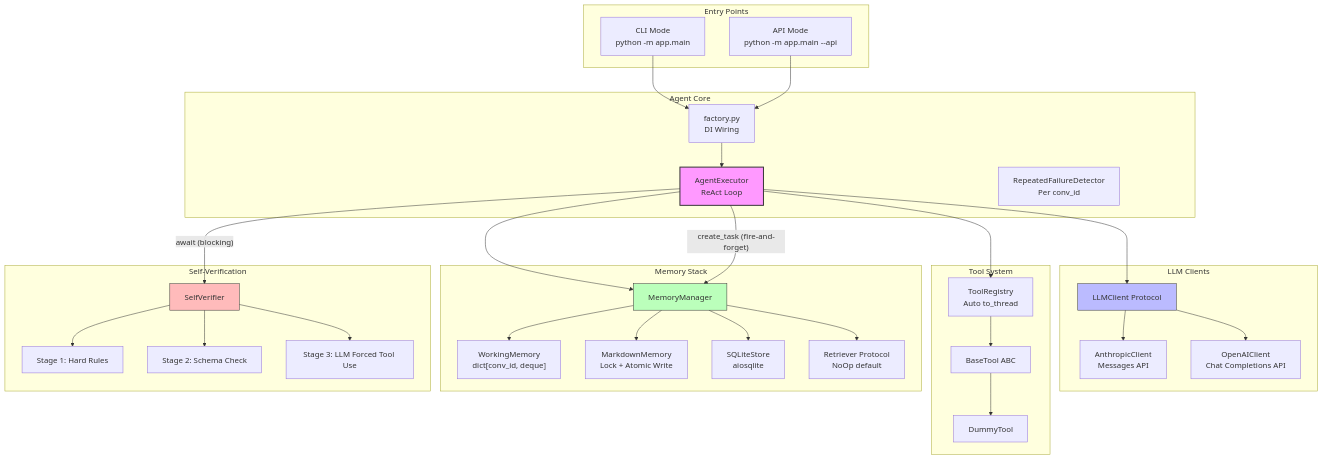
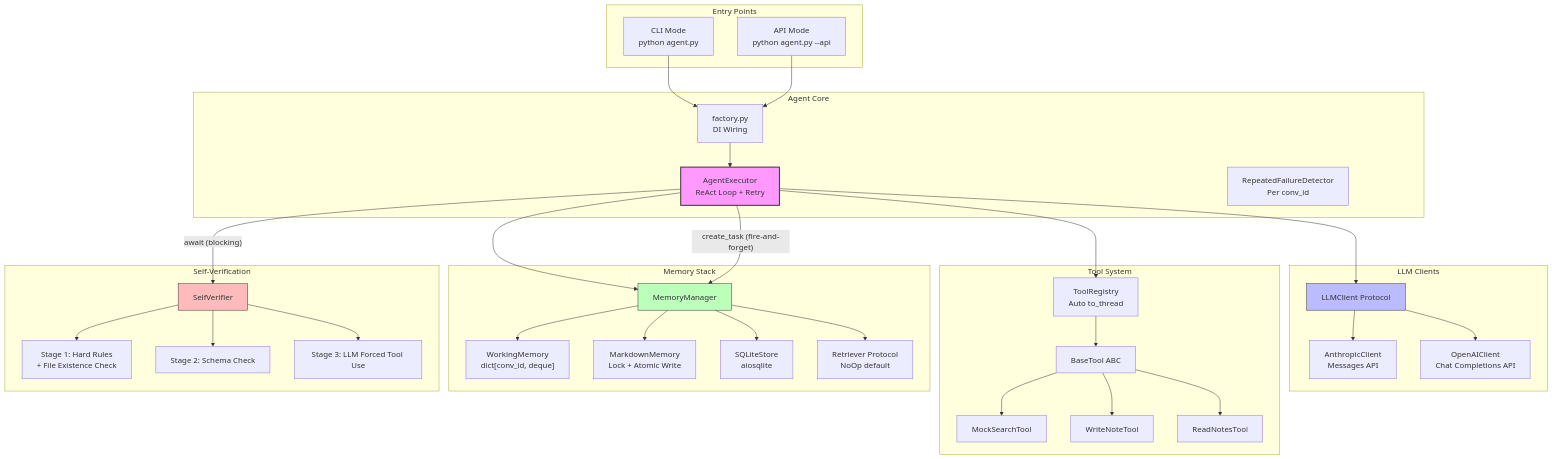
One commit to Akarin-Akari/MIA_AI changed the diagram in README.md. Above: the diagram before and after it, drawn with Mermaid. The commit also changed other lines of this file and 3729 other files, not shown here.

````diff
--- a/README.md
+++ b/README.md
@@ -7,65 +7,69 @@
 ```mermaid
 graph TD
     subgraph Entry["Entry Points"]
-        CLI["CLI Mode<br>python -m app.main"]
-        API["API Mode<br>python -m app.main --api"]
+        CLI["CLI Mode<br>python agent.py"]
+        API["API Mode<br>python agent.py --api"]
     end
 
     subgraph Core["Agent Core"]
         Factory["factory.py<br>DI Wiring"]
-        Agent["AgentExecutor<br>ReAct Loop"]
+        Agent["AgentExecutor<br>ReAct Loop + Retry"]
         Detector["RepeatedFailureDetector<br>Per conv_id"]
     end
 
     subgraph LLM["LLM Clients"]
         Protocol["LLMClient Protocol"]
         Anthropic["AnthropicClient<br>Messages API"]
         OpenAI["OpenAIClient<br>Chat Completions API"]
     end
 
     subgraph Tools["Tool System"]
         Registry["ToolRegistry<br>Auto to_thread"]
         BaseTool["BaseTool ABC"]
-        Dummy["DummyTool"]
+        Search["MockSearchTool"]
+        Write["WriteNoteTool"]
+        Read["ReadNotesTool"]
     end
 
     subgraph Memory["Memory Stack"]
         Manager["MemoryManager"]
         Working["WorkingMemory<br>dict[conv_id, deque]"]
         Markdown["MarkdownMemory<br>Lock + Atomic Write"]
         SQLite["SQLiteStore<br>aiosqlite"]
         Retriever["Retriever Protocol<br>NoOp default"]
     end
 
     subgraph Verify["Self-Verification"]
         Verifier["SelfVerifier"]
-        S1["Stage 1: Hard Rules"]
+        S1["Stage 1: Hard Rules<br>+ File Existence Check"]
         S2["Stage 2: Schema Check"]
         S3["Stage 3: LLM Forced Tool Use"]
     end
 
     CLI --> Factory
     API --> Factory
     Factory --> Agent
     Agent --> Protocol
     Protocol --> Anthropic
     Protocol --> OpenAI
     Agent --> Registry
     Registry --> BaseTool
-    BaseTool --> Dummy
+    BaseTool --> Search
+    BaseTool --> Write
+    BaseTool --> Read
     Agent --> Manager
     Manager --> Working
     Manager --> Markdown
     Manager --> SQLite
     Manager --> Retriever
     Agent -->|"await (blocking)"| Verifier
     Verifier --> S1
     Verifier --> S2
     Verifier --> S3
     Agent -->|"create_task (fire-and-forget)"| Manager
 
     style Agent fill:#f9f,stroke:#333,stroke-width:2px
     style Verifier fill:#fbb,stroke:#333
     style Manager fill:#bfb,stroke:#333
     style Protocol fill:#bbf,stroke:#333
 ```
````
